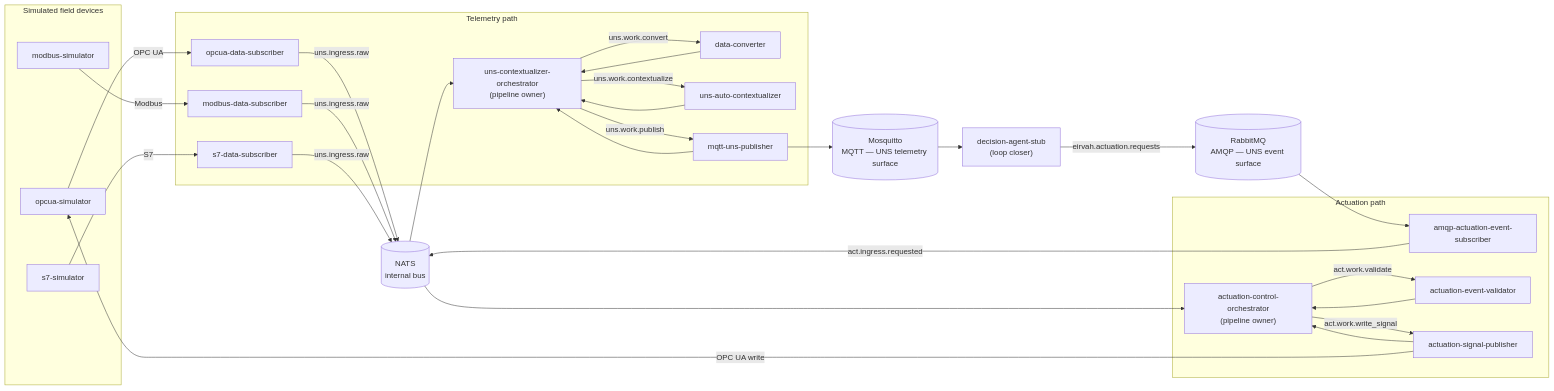
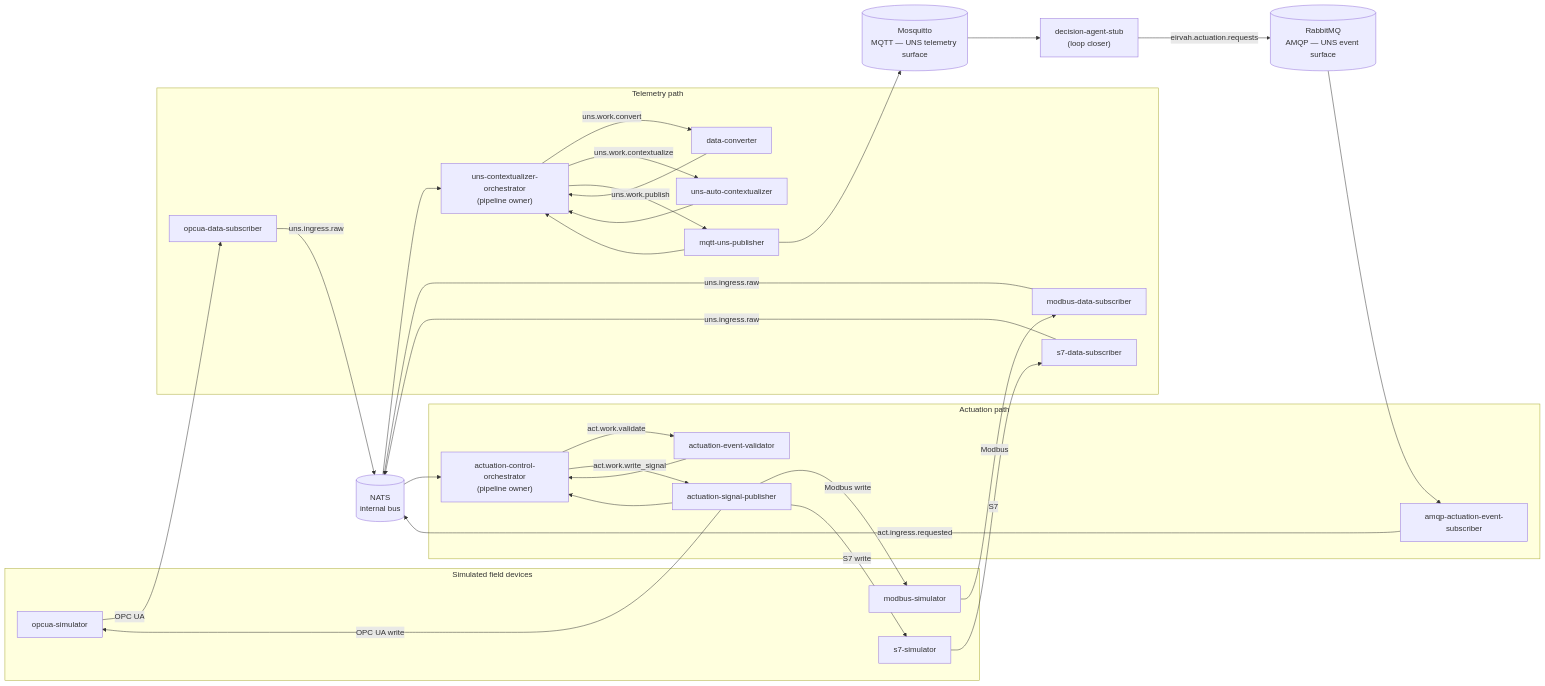
Before and after one commit to bstack/zilina-eirvah-edge-impl: the diagram in README.md, drawn with Mermaid. The commit also changed other lines of this file and 33 other files, not shown here.

````diff
--- a/README.md
+++ b/README.md
@@ -18,53 +18,55 @@
 ```mermaid
 flowchart LR
     subgraph Devices["Simulated field devices"]
         OPCUA_SIM[opcua-simulator]
         MODBUS_SIM[modbus-simulator]
         S7_SIM[s7-simulator]
     end
 
     subgraph Telemetry["Telemetry path"]
         OPCUA_SUB[opcua-data-subscriber]
         MODBUS_SUB[modbus-data-subscriber]
         S7_SUB[s7-data-subscriber]
         UNS_ORCH["uns-contextualizer-orchestrator<br/>(pipeline owner)"]
         CONV[data-converter]
         CTX[uns-auto-contextualizer]
         PUB[mqtt-uns-publisher]
     end
 
     subgraph Actuation["Actuation path"]
         AMQP_SUB[amqp-actuation-event-subscriber]
         ACT_ORCH["actuation-control-orchestrator<br/>(pipeline owner)"]
         VALID[actuation-event-validator]
         SIG_PUB[actuation-signal-publisher]
     end
 
     NATS[("NATS<br/>internal bus")]
     MQTT[("Mosquitto<br/>MQTT — UNS telemetry surface")]
     AMQP[("RabbitMQ<br/>AMQP — UNS event surface")]
     DECIDE["decision-agent-stub<br/>(loop closer)"]
 
     OPCUA_SIM -- OPC UA --> OPCUA_SUB
     MODBUS_SIM -- Modbus --> MODBUS_SUB
     S7_SIM -- S7 --> S7_SUB
 
     OPCUA_SUB -- uns.ingress.raw --> NATS
     MODBUS_SUB -- uns.ingress.raw --> NATS
     S7_SUB -- uns.ingress.raw --> NATS
 
     NATS --> UNS_ORCH
     UNS_ORCH -- uns.work.convert --> CONV --> UNS_ORCH
     UNS_ORCH -- uns.work.contextualize --> CTX --> UNS_ORCH
     UNS_ORCH -- uns.work.publish --> PUB --> UNS_ORCH
     PUB --> MQTT
 
     MQTT --> DECIDE
     DECIDE -- eirvah.actuation.requests --> AMQP
     AMQP --> AMQP_SUB
     AMQP_SUB -- act.ingress.requested --> NATS
     NATS --> ACT_ORCH
     ACT_ORCH -- act.work.validate --> VALID --> ACT_ORCH
     ACT_ORCH -- act.work.write_signal --> SIG_PUB --> ACT_ORCH
     SIG_PUB -- OPC UA write --> OPCUA_SIM
+    SIG_PUB -- Modbus write --> MODBUS_SIM
+    SIG_PUB -- S7 write --> S7_SIM
 ```
````
